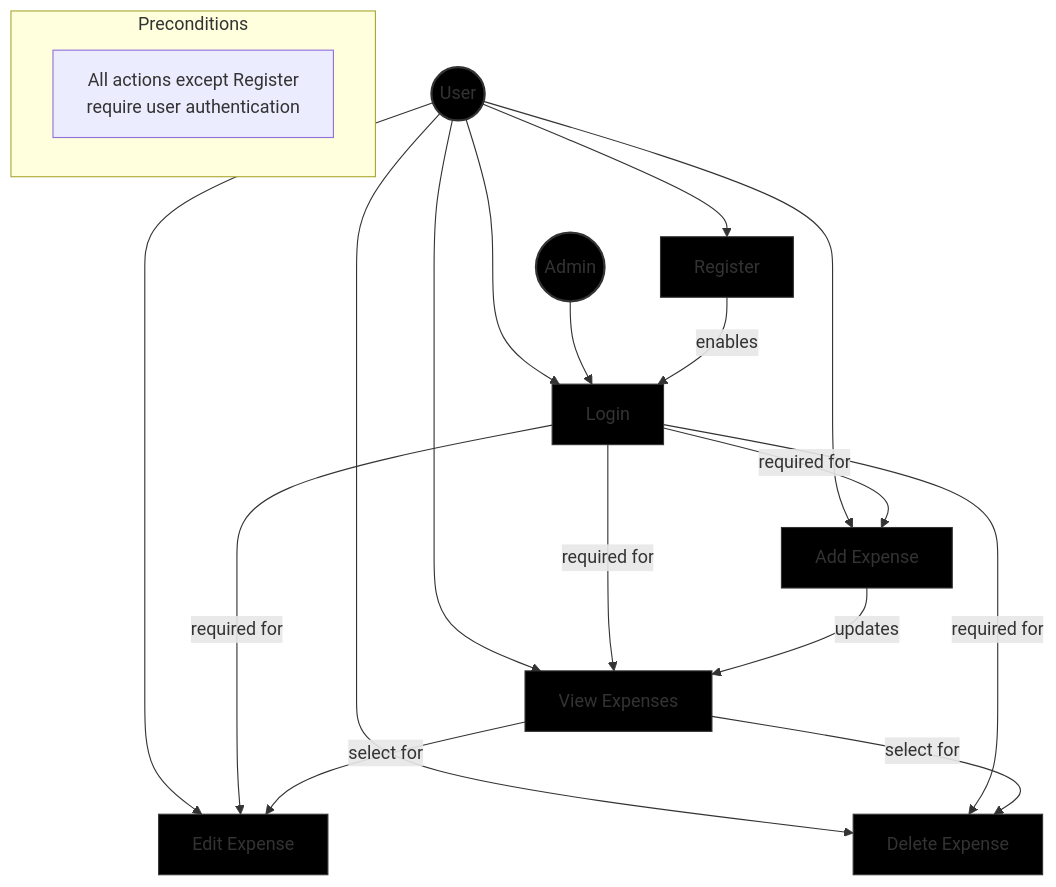
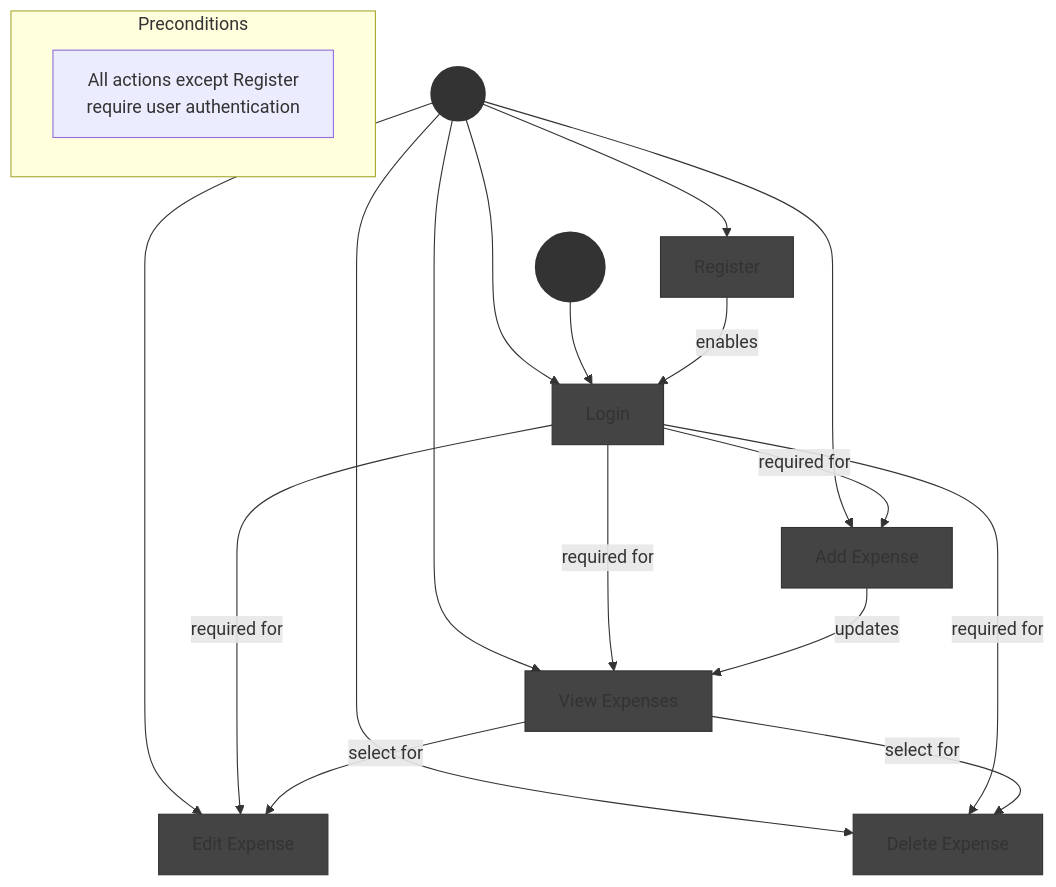
One commit to GabrielAlexandratos/2025-SE-GA-JungleLogbook changed the first of 3 diagrams in docs/design.md. Above: the diagram before and after it, drawn with Mermaid. The commit also changed 1 other file, not shown here.

Commit message:
fixing formatting

````diff
--- a/docs/design.md
+++ b/docs/design.md
@@ -7,47 +7,47 @@
 ``` mermaid
 
 flowchart TD
     %% Actors
     User(("User"))
     Admin(("Admin"))
 
     %% Use Cases
     Login["Login"]
     Register["Register"]
     AddExpense["Add Expense"]
     ViewExpenses["View Expenses"]
     EditExpense["Edit Expense"]
     DeleteExpense["Delete Expense"]
 
     %% Actor Relationships
     User --> Login
     User --> Register
     User --> AddExpense
     User --> ViewExpenses
     User --> EditExpense
     User --> DeleteExpense
     Admin --> Login
 
     %% Use Case Dependencies
     Register -->|"enables"| Login
     Login -->|"required for"| AddExpense
     Login -->|"required for"| ViewExpenses
     Login -->|"required for"| EditExpense
     Login -->|"required for"| DeleteExpense
     AddExpense -->|"updates"| ViewExpenses
     ViewExpenses -->|"select for"| EditExpense
     ViewExpenses -->|"select for"| DeleteExpense
 
     %% Styling
-    classDef actor fill:#000,stroke:#333,stroke-width:2px
-    classDef useCase fill:#000,stroke:#333,stroke-width:1px
+    classDef actor fill:#333,stroke:#333,stroke-width:2px
+    classDef useCase fill:#444,stroke:#333,stroke-width:1px
     class User,Admin actor
     class Login,Register,AddExpense,ViewExpenses,EditExpense,DeleteExpense useCase
 
     %% Notes
     subgraph Preconditions
         note1["All actions except Register
         require user authentication"]
     end
 
 ```
````
